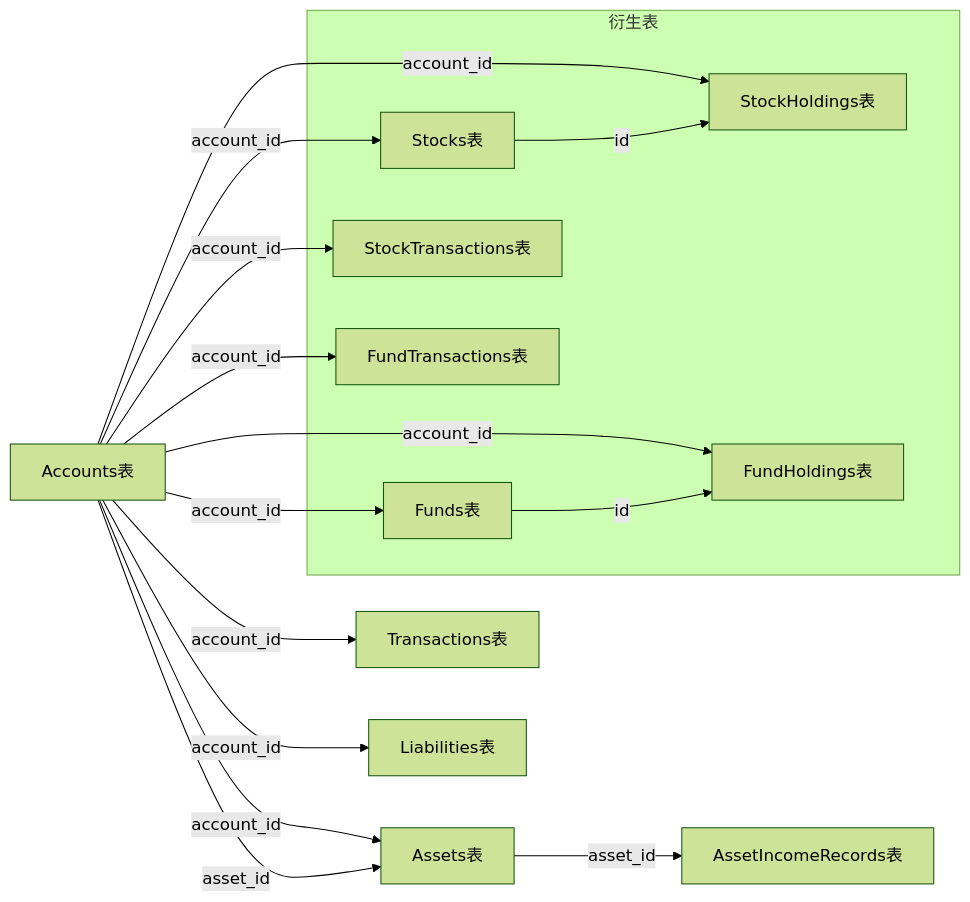
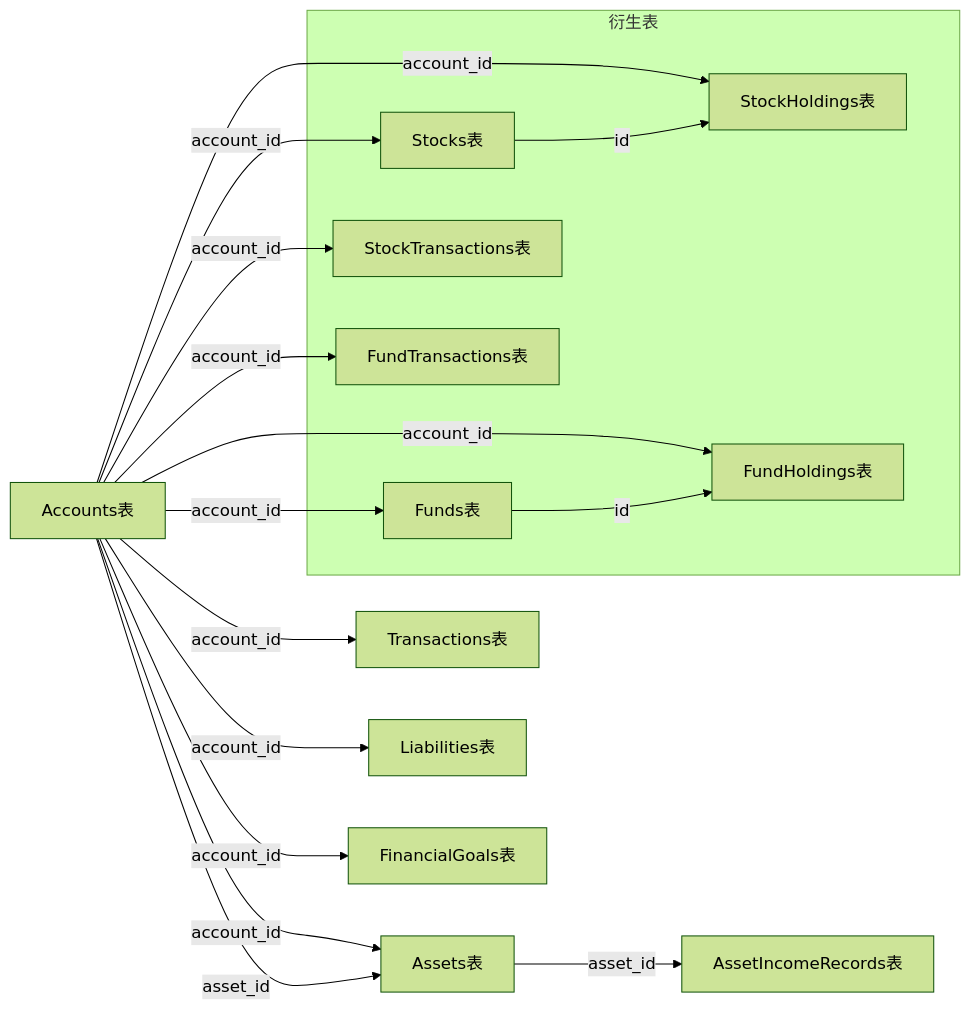
The tenth of 10 diagrams in .qoder/repowiki/zh/content/数据库管理/数据库设计.md (xiao-lin-unit/yuan), drawn with Mermaid (forest theme) before and after one commit. The commit also changed other lines of this file and 51 other files, not shown here.

````diff
--- a/.qoder/repowiki/zh/content/数据库管理/数据库设计.md
+++ b/.qoder/repowiki/zh/content/数据库管理/数据库设计.md
@@ -544,24 +625,25 @@
 ```mermaid
 flowchart LR
 Accounts["Accounts表"] --> |account_id| Transactions["Transactions表"]
 Accounts --> |account_id| Assets["Assets表"]
 Accounts --> |asset_id| Assets
 Accounts --> |account_id| Liabilities["Liabilities表"]
+Accounts --> |account_id| FinancialGoals["FinancialGoals表"]
 Assets["Assets表"] --> |asset_id| AssetIncomeRecords["AssetIncomeRecords表"]
 subgraph "衍生表"
 Stocks["Stocks表"]
 Funds["Funds表"]
 StockHoldings["StockHoldings表"]
 FundHoldings["FundHoldings表"]
 StockTransactions["StockTransactions表"]
 FundTransactions["FundTransactions表"]
 end
 Accounts --> |account_id| Stocks
 Accounts --> |account_id| Funds
 Accounts --> |account_id| StockHoldings
 Accounts --> |account_id| FundHoldings
 Accounts --> |account_id| StockTransactions
 Accounts --> |account_id| FundTransactions
 Stocks --> |id| StockHoldings
 Funds --> |id| FundHoldings
 ```
````
